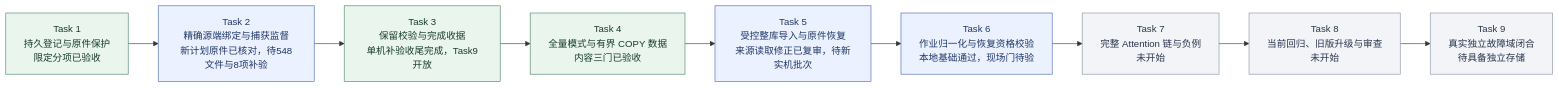
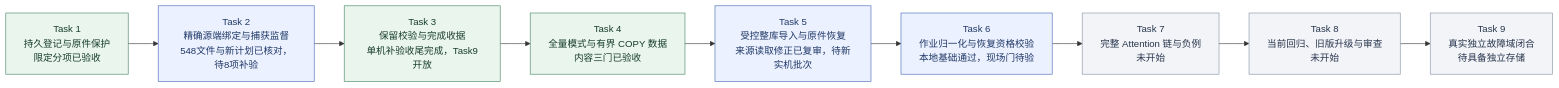
Before and after one commit to MansurnamedZhang/learning-system-p0c4: the second of 9 diagrams in docs/KnowWeave实施路线与系统架构.md, drawn with Mermaid. The commit also changed other lines of this file and 4 other files, not shown here.

````diff
--- a/docs/KnowWeave实施路线与系统架构.md
+++ b/docs/KnowWeave实施路线与系统架构.md
@@ -72,26 +72,26 @@
 ```mermaid
 flowchart LR
     C4T1["Task 1<br/>持久登记与原件保护<br/>限定分项已验收"]
-    C4T2["Task 2<br/>精确源端绑定与捕获监督<br/>新计划原件已核对，待548文件与8项补验"]
+    C4T2["Task 2<br/>精确源端绑定与捕获监督<br/>548文件与新计划已核对，待8项补验"]
     C4T3["Task 3<br/>保留校验与完成收据<br/>单机补验收尾完成，Task9开放"]
     C4T4["Task 4<br/>全量模式与有界 COPY 数据<br/>内容三门已验收"]
     C4T5["Task 5<br/>受控整库导入与原件恢复<br/>来源读取修正已复审，待新实机批次"]
     C4T6["Task 6<br/>作业归一化与恢复资格校验<br/>本地基础通过，现场门待验"]
     C4T7["Task 7<br/>完整 Attention 链与负例<br/>未开始"]
     C4T8["Task 8<br/>当前回归、旧版升级与审查<br/>未开始"]
     C4T9["Task 9<br/>真实独立故障域闭合<br/>待具备独立存储"]
     C4T1 --> C4T2
     C4T2 --> C4T3
     C4T3 --> C4T4
     C4T4 --> C4T5
     C4T5 --> C4T6
     C4T6 --> C4T7
     C4T7 --> C4T8
     C4T8 --> C4T9
     class C4T1,C4T3,C4T4 done
     class C4T2,C4T5,C4T6 next
     class C4T7,C4T8,C4T9 planned
     classDef done fill:#eaf5ee,stroke:#438363,color:#173d2b
     classDef next fill:#ebf1ff,stroke:#4365b4,color:#203866
     classDef planned fill:#f2f4f8,stroke:#8591a3,color:#28354b
 ```
````
